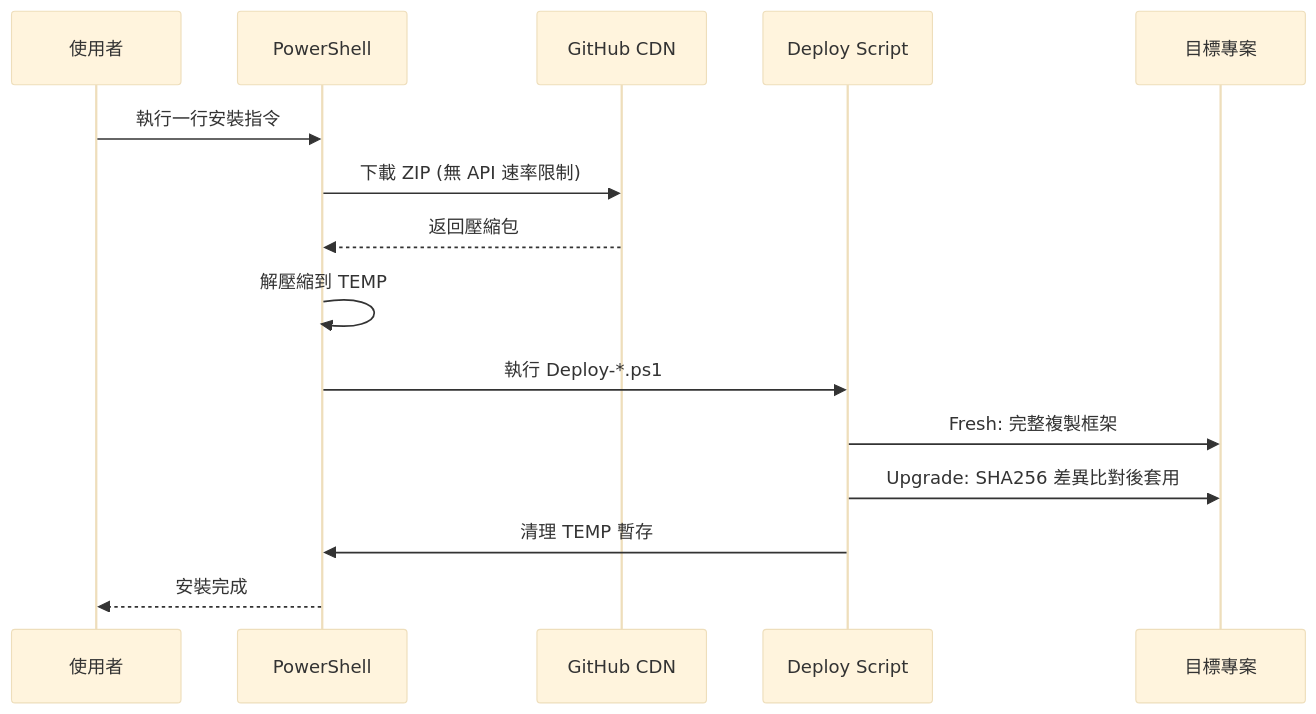
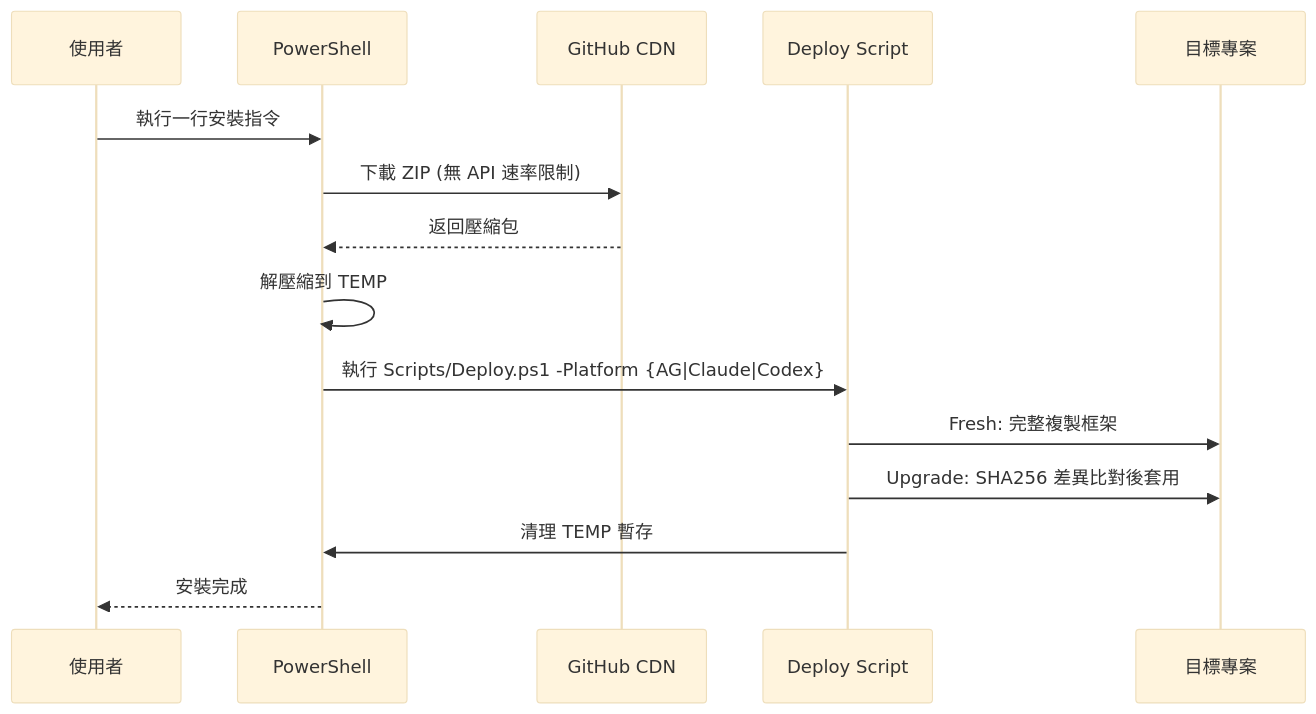
Before and after one commit to Kunshao1117/AI_Rules: the third of 3 diagrams in README.md, drawn with Mermaid (base theme). The commit also changed other lines of this file and 223 other files, not shown here.

````diff
--- a/README.md
+++ b/README.md
@@ -323,18 +357,18 @@
 ```mermaid
 sequenceDiagram
     participant U as 使用者
     participant PS as PowerShell
     participant GH as GitHub CDN
     participant DS as Deploy Script
     participant P as 目標專案
 
     U->>PS: 執行一行安裝指令
     PS->>GH: 下載 ZIP (無 API 速率限制)
     GH-->>PS: 返回壓縮包
     PS->>PS: 解壓縮到 TEMP
-    PS->>DS: 執行 Deploy-*.ps1
+    PS->>DS: 執行 Scripts/Deploy.ps1 -Platform {AG|Claude|Codex}
     DS->>P: Fresh: 完整複製框架
     DS->>P: Upgrade: SHA256 差異比對後套用
     DS->>PS: 清理 TEMP 暫存
     PS-->>U: 安裝完成
 ```
````
